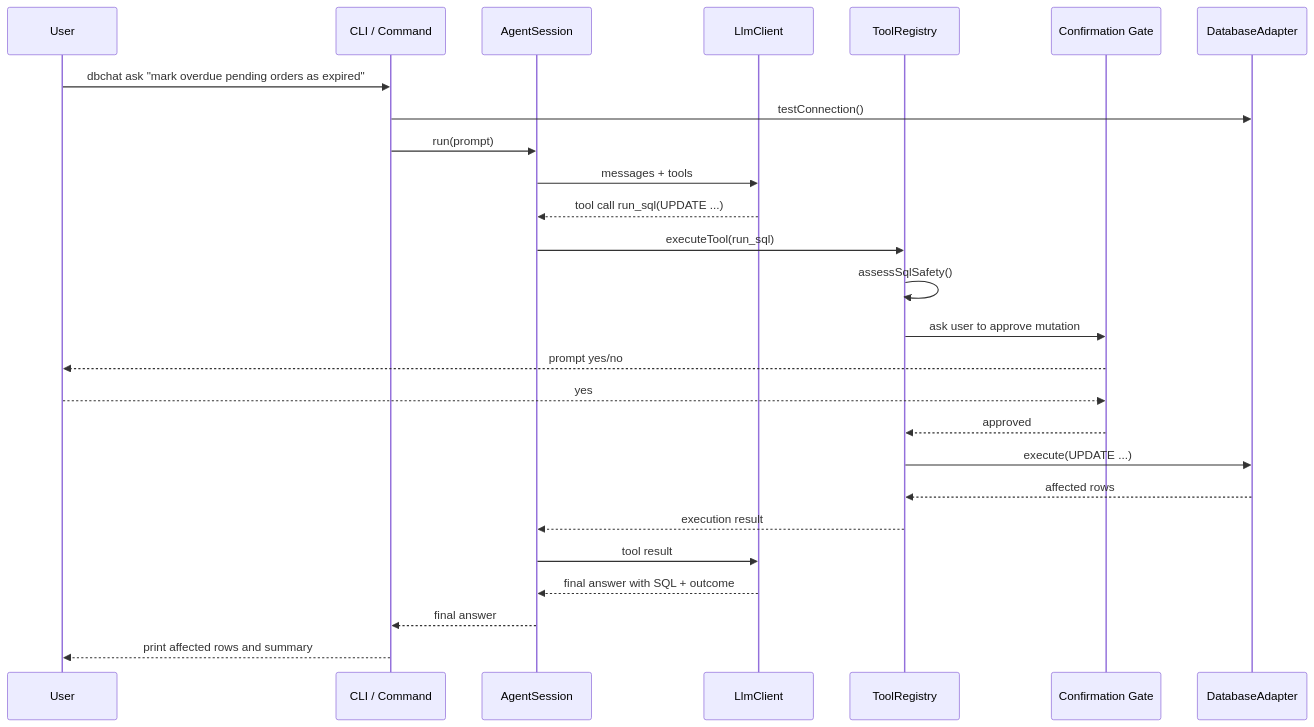
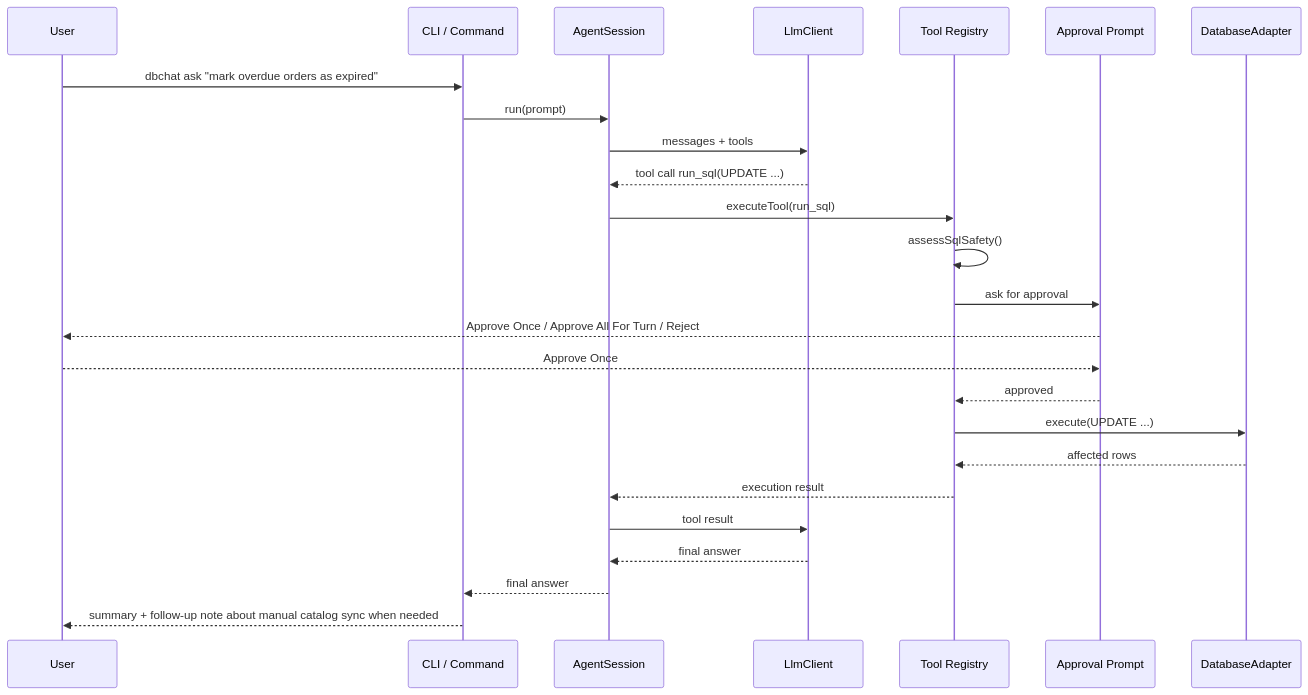
The fourth of 6 diagrams in docs/architecture-diagrams.md (Codewarning/dbchat-cli), drawn with Mermaid before and after one commit. The commit also changed other lines of this file and 84 other files, not shown here.

````diff
--- a/docs/architecture-diagrams.md
+++ b/docs/architecture-diagrams.md
@@ -139,29 +137,28 @@
 ```mermaid
 sequenceDiagram
     participant User
     participant CLI as CLI / Command
     participant Agent as AgentSession
     participant LLM as LlmClient
-    participant Tools as ToolRegistry
-    participant Confirm as Confirmation Gate
+    participant Tools as Tool Registry
+    participant Confirm as Approval Prompt
     participant DB as DatabaseAdapter
 
-    User->>CLI: dbchat ask "mark overdue pending orders as expired"
-    CLI->>DB: testConnection()
+    User->>CLI: dbchat ask "mark overdue orders as expired"
     CLI->>Agent: run(prompt)
     Agent->>LLM: messages + tools
     LLM-->>Agent: tool call run_sql(UPDATE ...)
     Agent->>Tools: executeTool(run_sql)
     Tools->>Tools: assessSqlSafety()
-    Tools->>Confirm: ask user to approve mutation
-    Confirm-->>User: prompt yes/no
-    User-->>Confirm: yes
+    Tools->>Confirm: ask for approval
+    Confirm-->>User: Approve Once / Approve All For Turn / Reject
+    User-->>Confirm: Approve Once
     Confirm-->>Tools: approved
     Tools->>DB: execute(UPDATE ...)
     DB-->>Tools: affected rows
     Tools-->>Agent: execution result
     Agent->>LLM: tool result
-    LLM-->>Agent: final answer with SQL + outcome
+    LLM-->>Agent: final answer
     Agent-->>CLI: final answer
-    CLI-->>User: print affected rows and summary
+    CLI-->>User: summary + follow-up note about manual catalog sync when needed
 ```
````
